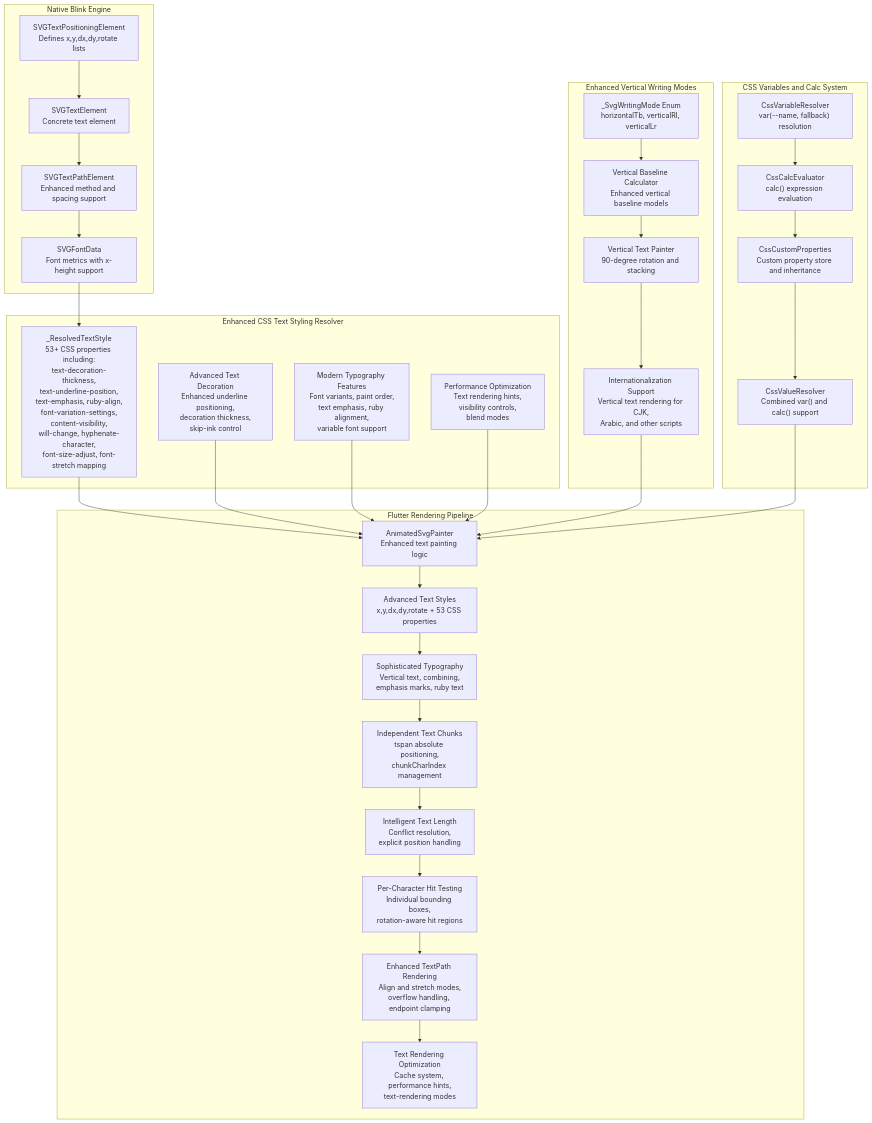
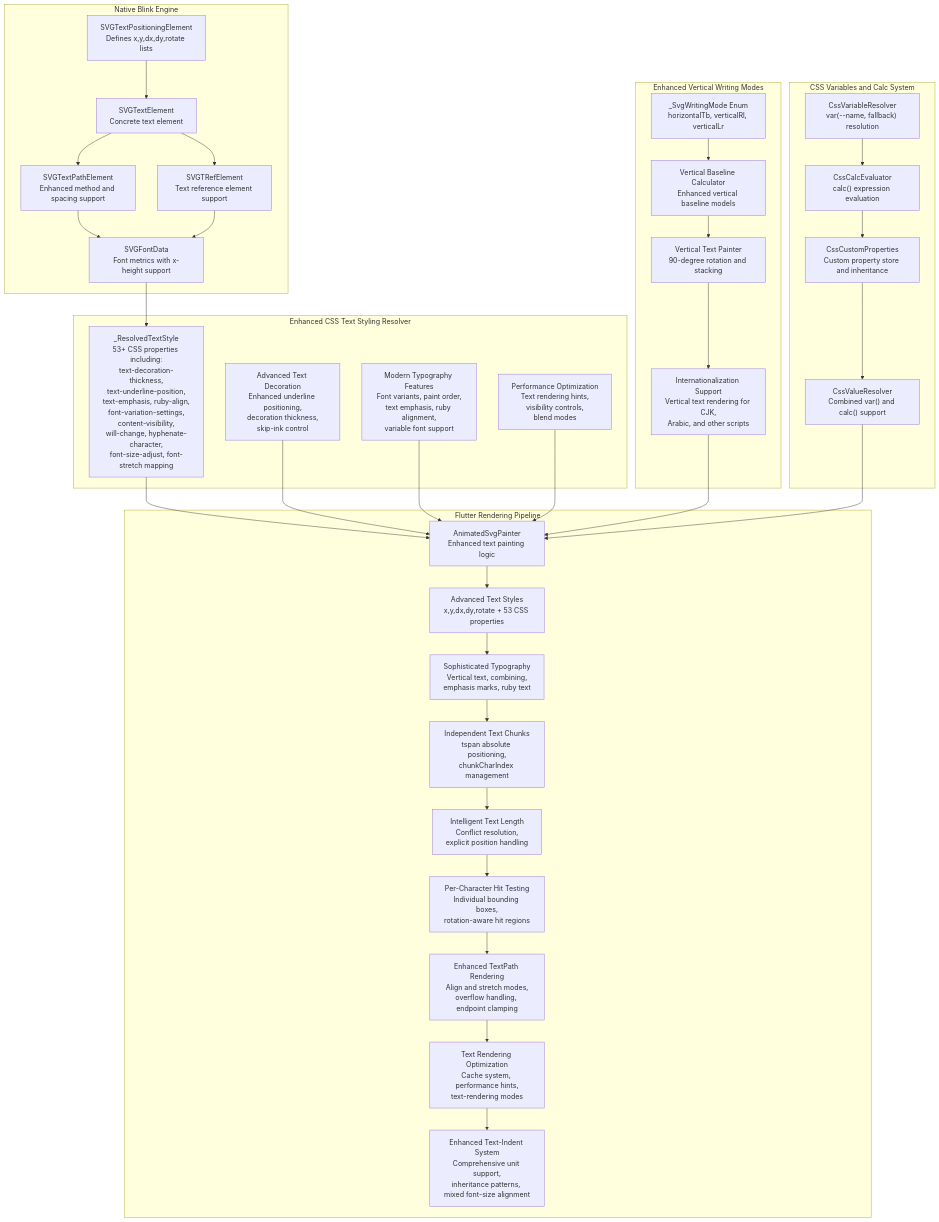
The first of 5 diagrams in .qoder/repowiki/en/content/Animated SVG Support/Text Positioning Attributes.md (denisnadey/flutter_full_svg_support), drawn with Mermaid before and after one commit. The commit also changed other lines of this file and 20 other files, not shown here.

First line of the commit message:
feat(svg): implement comprehensive event handling with pointer and gesture support

````diff
--- a/.qoder/repowiki/en/content/Animated SVG Support/Text Positioning Attributes.md
+++ b/.qoder/repowiki/en/content/Animated SVG Support/Text Positioning Attributes.md
@@ -85,60 +89,65 @@
 ```mermaid
 graph TB
 subgraph "Native Blink Engine"
 A["SVGTextPositioningElement<br/>Defines x,y,dx,dy,rotate lists"]
 B["SVGTextElement<br/>Concrete text element"]
 C["SVGTextPathElement<br/>Enhanced method and spacing support"]
-D["SVGFontData<br/>Font metrics with x-height support"]
+D["SVGTRefElement<br/>Text reference element support"]
+E["SVGFontData<br/>Font metrics with x-height support"]
 end
 subgraph "Enhanced CSS Text Styling Resolver"
-E["_ResolvedTextStyle<br/>53+ CSS properties including:<br/>text-decoration-thickness,<br/>text-underline-position,<br/>text-emphasis, ruby-align,<br/>font-variation-settings,<br/>content-visibility,<br/>will-change, hyphenate-character,<br/>font-size-adjust, font-stretch mapping"]
-F["Advanced Text Decoration<br/>Enhanced underline positioning,<br/>decoration thickness,<br/>skip-ink control"]
-G["Modern Typography Features<br/>Font variants, paint order,<br/>text emphasis, ruby alignment,<br/>variable font support"]
-H["Performance Optimization<br/>Text rendering hints,<br/>visibility controls,<br/>blend modes"]
+F["_ResolvedTextStyle<br/>53+ CSS properties including:<br/>text-decoration-thickness,<br/>text-underline-position,<br/>text-emphasis, ruby-align,<br/>font-variation-settings,<br/>content-visibility,<br/>will-change, hyphenate-character,<br/>font-size-adjust, font-stretch mapping"]
+G["Advanced Text Decoration<br/>Enhanced underline positioning,<br/>decoration thickness,<br/>skip-ink control"]
+H["Modern Typography Features<br/>Font variants, paint order,<br/>text emphasis, ruby alignment,<br/>variable font support"]
+I["Performance Optimization<br/>Text rendering hints,<br/>visibility controls,<br/>blend modes"]
 end
 subgraph "Enhanced Vertical Writing Modes"
-I["_SvgWritingMode Enum<br/>horizontalTb, verticalRl, verticalLr"]
-J["Vertical Baseline Calculator<br/>Enhanced vertical baseline models"]
-K["Vertical Text Painter<br/>90-degree rotation and stacking"]
-L["Internationalization Support<br/>Vertical text rendering for CJK,<br/>Arabic, and other scripts"]
+J["_SvgWritingMode Enum<br/>horizontalTb, verticalRl, verticalLr"]
+K["Vertical Baseline Calculator<br/>Enhanced vertical baseline models"]
+L["Vertical Text Painter<br/>90-degree rotation and stacking"]
+M["Internationalization Support<br/>Vertical text rendering for CJK,<br/>Arabic, and other scripts"]
 end
 subgraph "CSS Variables and Calc System"
-M["CssVariableResolver<br/>var(--name, fallback) resolution"]
-N["CssCalcEvaluator<br/>calc() expression evaluation"]
-O["CssCustomProperties<br/>Custom property store and inheritance"]
-P["CssValueResolver<br/>Combined var() and calc() support"]
+N["CssVariableResolver<br/>var(--name, fallback) resolution"]
+O["CssCalcEvaluator<br/>calc() expression evaluation"]
+P["CssCustomProperties<br/>Custom property store and inheritance"]
+Q["CssValueResolver<br/>Combined var() and calc() support"]
 end
 subgraph "Flutter Rendering Pipeline"
-Q["AnimatedSvgPainter<br/>Enhanced text painting logic"]
-R["Advanced Text Styles<br/>x,y,dx,dy,rotate + 53 CSS properties"]
-S["Sophisticated Typography<br/>Vertical text, combining,<br/>emphasis marks, ruby text"]
-T["Independent Text Chunks<br/>tspan absolute positioning,<br/>chunkCharIndex management"]
-U["Intelligent Text Length<br/>Conflict resolution,<br/>explicit position handling"]
-V["Per-Character Hit Testing<br/>Individual bounding boxes,<br/>rotation-aware hit regions"]
-W["Enhanced TextPath Rendering<br/>Align and stretch modes,<br/>overflow handling, endpoint clamping"]
-X["Text Rendering Optimization<br/>Cache system, performance hints,<br/>text-rendering modes"]
+R["AnimatedSvgPainter<br/>Enhanced text painting logic"]
+S["Advanced Text Styles<br/>x,y,dx,dy,rotate + 53 CSS properties"]
+T["Sophisticated Typography<br/>Vertical text, combining,<br/>emphasis marks, ruby text"]
+U["Independent Text Chunks<br/>tspan absolute positioning,<br/>chunkCharIndex management"]
+V["Intelligent Text Length<br/>Conflict resolution,<br/>explicit position handling"]
+W["Per-Character Hit Testing<br/>Individual bounding boxes,<br/>rotation-aware hit regions"]
+X["Enhanced TextPath Rendering<br/>Align and stretch modes,<br/>overflow handling, endpoint clamping"]
+Y["Text Rendering Optimization<br/>Cache system, performance hints,<br/>text-rendering modes"]
+Z["Enhanced Text-Indent System<br/>Comprehensive unit support,<br/>inheritance patterns, mixed font-size alignment"]
 end
 A --> B
 B --> C
-C --> D
+B --> D
+C --> E
 D --> E
-E --> Q
-F --> Q
-G --> Q
-H --> Q
-I --> J
+E --> F
+F --> R
+G --> R
+H --> R
+I --> R
 J --> K
 K --> L
-L --> Q
-M --> N
+L --> M
+M --> R
 N --> O
 O --> P
 P --> Q
 Q --> R
 R --> S
 S --> T
 T --> U
 U --> V
 V --> W
 W --> X
+X --> Y
+Y --> Z
 ```
````
